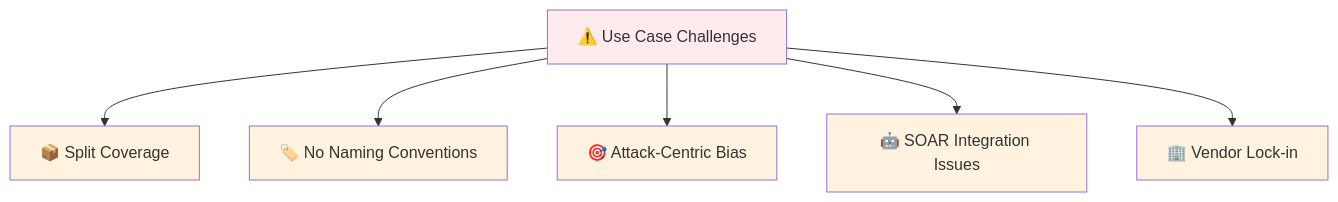
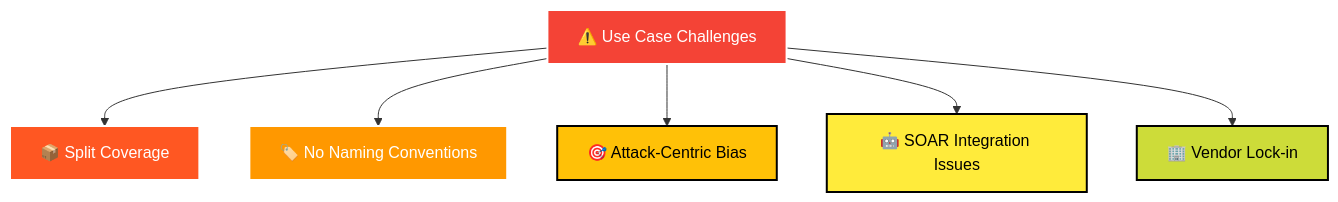
Before and after one commit to josamontiel/Detection-Engineering-Framework: the fifth of 10 diagrams in DEF.md, drawn with Mermaid. The commit also changed other lines of this file, not shown here.

````diff
--- a/DEF.md
+++ b/DEF.md
@@ -259,15 +240,15 @@
 ```mermaid
 graph TB
     A[⚠️ Use Case Challenges] --> B[📦 Split Coverage]
     A --> C[🏷️ No Naming Conventions]
     A --> D[🎯 Attack-Centric Bias]
     A --> E[🤖 SOAR Integration Issues]
     A --> F[🏢 Vendor Lock-in]
     
-    style A fill:#ffebee
-    style B fill:#fff3e0
-    style C fill:#fff3e0
-    style D fill:#fff3e0
-    style E fill:#fff3e0
-    style F fill:#fff3e0
+    style A fill:#F44336,stroke:#fff,stroke-width:2px,color:#fff
+    style B fill:#FF5722,stroke:#fff,stroke-width:2px,color:#fff
+    style C fill:#FF9800,stroke:#fff,stroke-width:2px,color:#fff
+    style D fill:#FFC107,stroke:#000,stroke-width:2px,color:#000
+    style E fill:#FFEB3B,stroke:#000,stroke-width:2px,color:#000
+    style F fill:#CDDC39,stroke:#000,stroke-width:2px,color:#000
 ```
````
